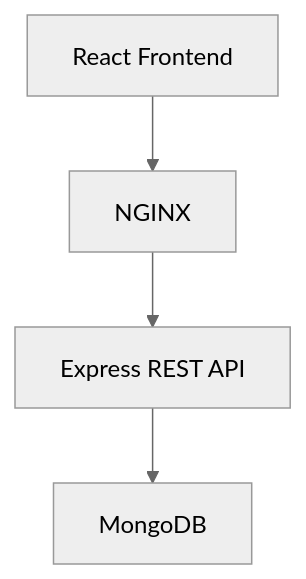
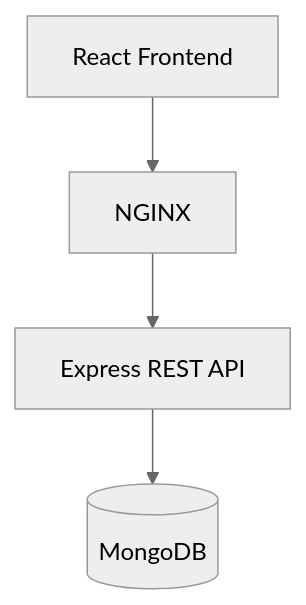
One commit to tanahmeeedsx/expense-tracker changed the diagram in README.md. Above: the diagram before and after it, drawn with Mermaid (neutral theme). The commit also changed other lines of this file and 1 other file, not shown here.

````diff
--- a/README.md
+++ b/README.md
@@ -26,6 +39,6 @@
 ```mermaid
 flowchart TD
-    A[React Frontend] --> B[NGINX]
-    B --> C[Express REST API]
-    C --> D[MongoDB]
+    A["React Frontend"] --> B["NGINX"]
+    B --> C["Express REST API"]
+    C --> D[("MongoDB")]
 ```
````
